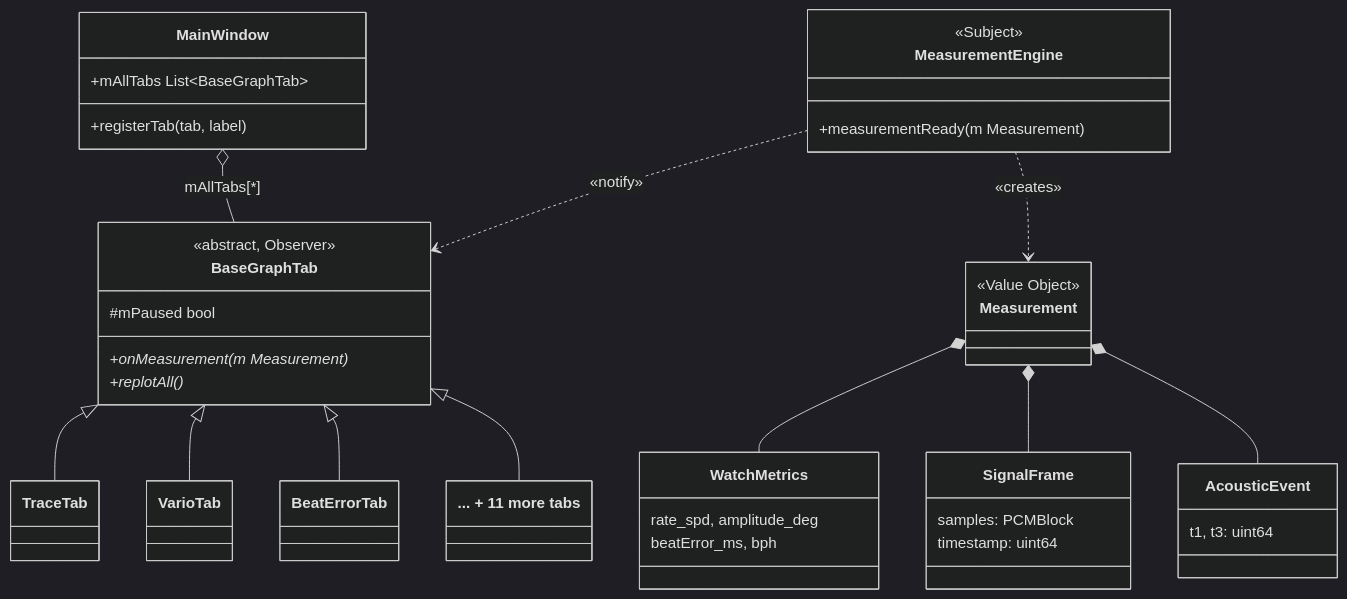
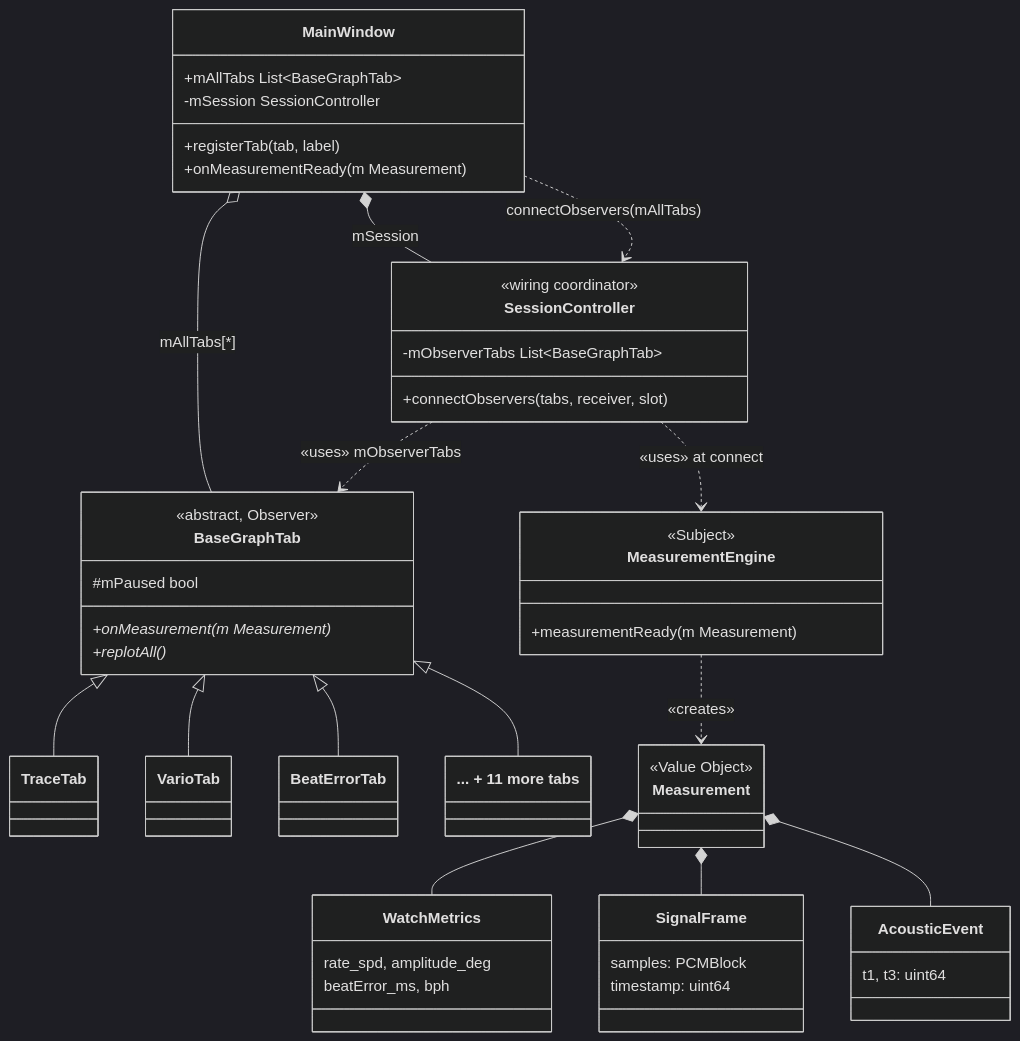
One commit to Ji-Min-Lee/2026-3-sw-architect-studio-project changed the diagram in docs/milestone2/final/slide-architecture-view.md. Above: the diagram before and after it, drawn with Mermaid (dark theme). The commit also changed other lines of this file and 3 other files, not shown here.

First line of the commit message:
docs(m2): add Observer runtime sequence and sync 2-B view docs

````diff
--- a/docs/milestone2/final/slide-architecture-view.md
+++ b/docs/milestone2/final/slide-architecture-view.md
@@ -46,46 +46,56 @@
 ```mermaid
 classDiagram
     class MeasurementEngine {
         <<Subject>>
         +measurementReady(m Measurement)
     }
     class BaseGraphTab {
         <<abstract, Observer>>
         +onMeasurement(m Measurement)*
         +replotAll()*
         #mPaused bool
     }
     class TraceTab
     class VarioTab
     class BeatErrorTab
     class OtherTabs["... + 11 more tabs"]
     class Measurement {
         <<Value Object>>
     }
     class WatchMetrics {
         rate_spd, amplitude_deg
         beatError_ms, bph
     }
     class SignalFrame {
         samples: PCMBlock
         timestamp: uint64
     }
     class AcousticEvent {
         t1, t3: uint64
     }
     class MainWindow {
         +mAllTabs List~BaseGraphTab~
         +registerTab(tab, label)
+        +onMeasurementReady(m Measurement)
+        -mSession SessionController
+    }
+    class SessionController {
+        <<wiring coordinator>>
+        +connectObservers(tabs, receiver, slot)
+        -mObserverTabs List~BaseGraphTab~
     }
 
-    MeasurementEngine ..> BaseGraphTab : «notify»
     MeasurementEngine ..> Measurement : «creates»
     Measurement *-- WatchMetrics
     Measurement *-- SignalFrame
     Measurement *-- AcousticEvent
     BaseGraphTab <|-- TraceTab
     BaseGraphTab <|-- VarioTab
     BaseGraphTab <|-- BeatErrorTab
     BaseGraphTab <|-- OtherTabs
     MainWindow o-- BaseGraphTab : mAllTabs[*]
+    MainWindow *-- SessionController : mSession
+    MainWindow ..> SessionController : connectObservers(mAllTabs)
+    SessionController ..> BaseGraphTab : «uses» mObserverTabs
+    SessionController ..> MeasurementEngine : «uses» at connect
 ```
````
